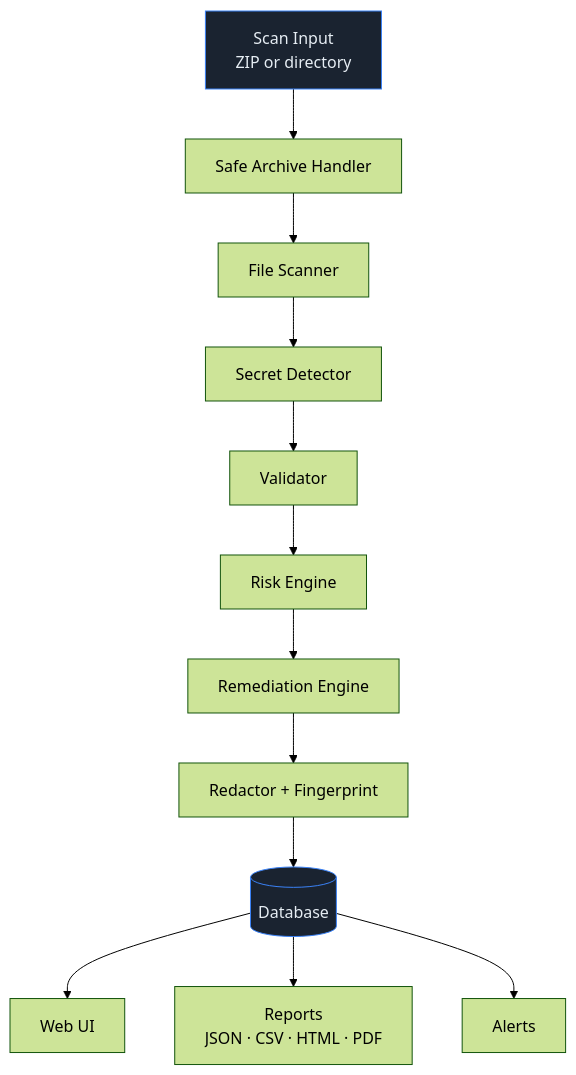
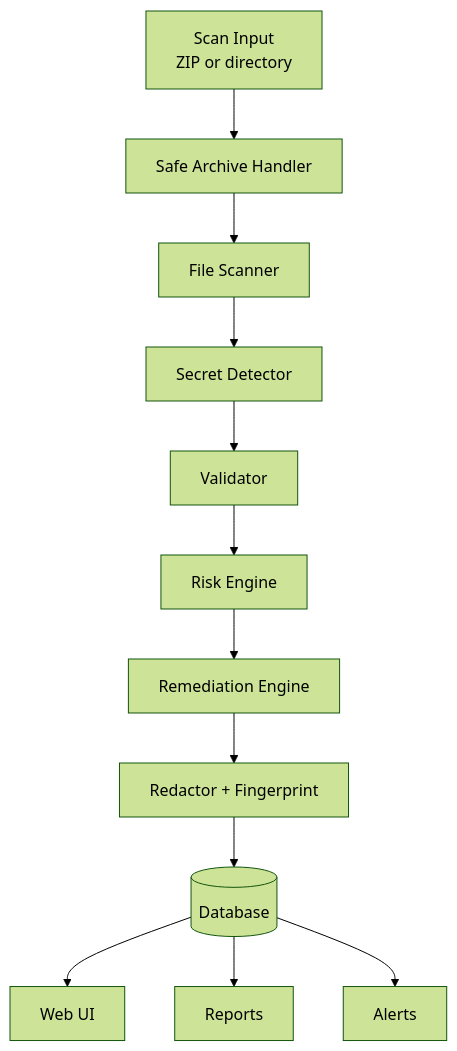
One commit to sankari-cs/Cloud-Guard changed the diagram in README.md. Above: the diagram before and after it, drawn with Mermaid (forest theme). The commit also changed other lines of this file, not shown here.

````diff
--- a/README.md
+++ b/README.md
@@ -116,17 +122,14 @@
 ```mermaid
 flowchart TD
     A[Scan Input<br/>ZIP or directory] --> B[Safe Archive Handler]
     B --> C[File Scanner]
     C --> D[Secret Detector]
     D --> E[Validator]
     E --> F[Risk Engine]
     F --> G[Remediation Engine]
     G --> H[Redactor + Fingerprint]
     H --> I[(Database)]
     I --> J[Web UI]
-    I --> K[Reports<br/>JSON · CSV · HTML · PDF]
+    I --> K[Reports]
     I --> L[Alerts]
-
-    style A fill:#1a2330,stroke:#3b82f6,color:#e6edf3
-    style I fill:#1a2330,stroke:#3b82f6,color:#e6edf3
 ```
````
